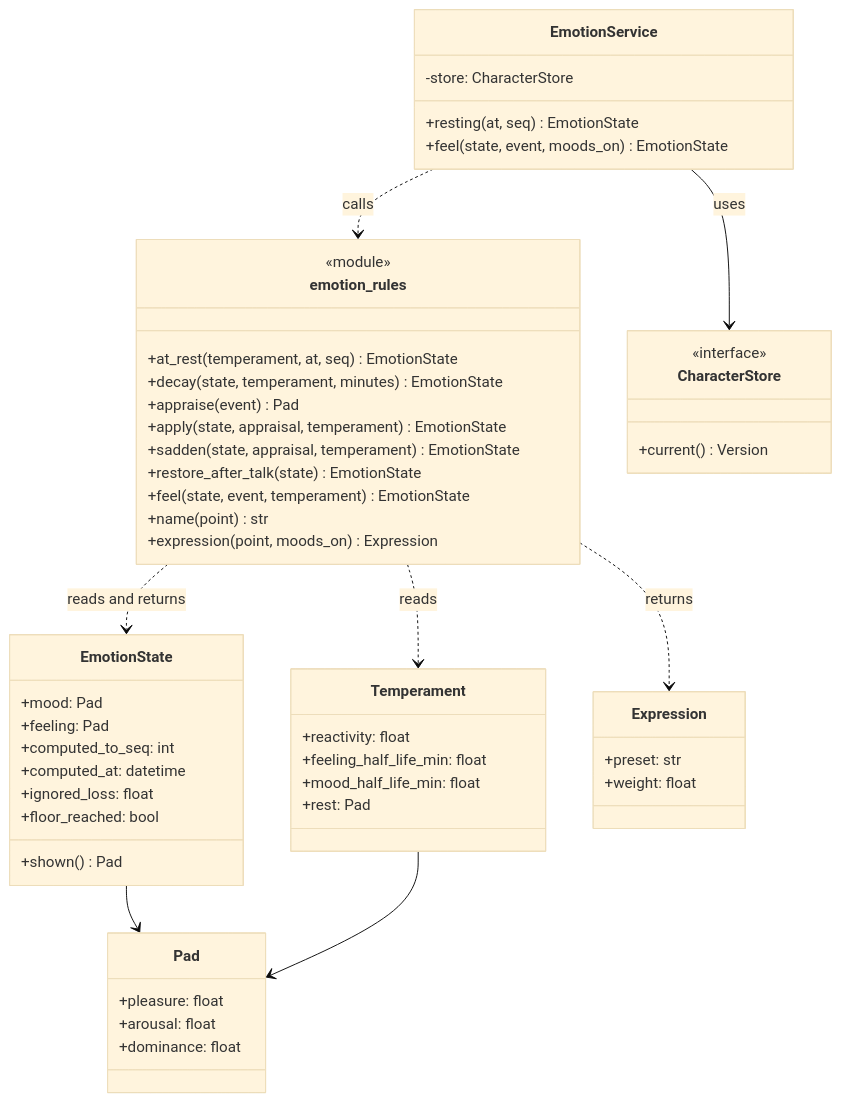
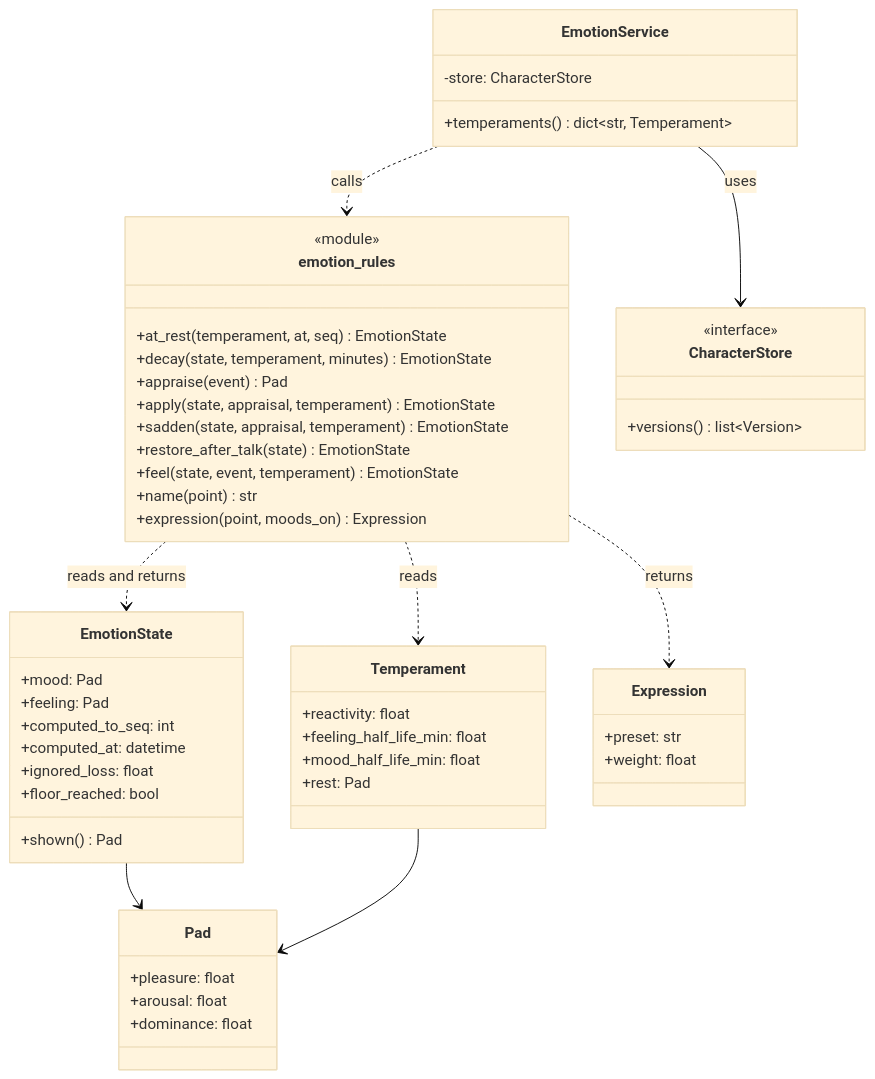
The sixth of 46 diagrams in docs/architecture/ARCHITECTURE.md (NguyenVu04/cognia), drawn with Mermaid (base theme) before and after one commit. The commit also changed other lines of this file and 27 other files, not shown here.

````diff
--- a/docs/architecture/ARCHITECTURE.md
+++ b/docs/architecture/ARCHITECTURE.md
@@ -615,62 +590,61 @@
 ```mermaid
 classDiagram
     class EmotionState {
         +mood: Pad
         +feeling: Pad
         +computed_to_seq: int
         +computed_at: datetime
         +ignored_loss: float
         +floor_reached: bool
         +shown() Pad
     }
 
     class Pad {
         +pleasure: float
         +arousal: float
         +dominance: float
     }
 
     class Temperament {
         +reactivity: float
         +feeling_half_life_min: float
         +mood_half_life_min: float
         +rest: Pad
     }
 
     class emotion_rules {
         <<module>>
         +at_rest(temperament, at, seq) EmotionState
         +decay(state, temperament, minutes) EmotionState
         +appraise(event) Pad
         +apply(state, appraisal, temperament) EmotionState
         +sadden(state, appraisal, temperament) EmotionState
         +restore_after_talk(state) EmotionState
         +feel(state, event, temperament) EmotionState
         +name(point) str
         +expression(point, moods_on) Expression
     }
 
     class Expression {
         +preset: str
         +weight: float
     }
 
     class EmotionService {
         -store: CharacterStore
-        +resting(at, seq) EmotionState
-        +feel(state, event, moods_on) EmotionState
+        +temperaments() dict~str, Temperament~
     }
 
     class CharacterStore {
         <<interface>>
-        +current() Version
+        +versions() list~Version~
     }
 
     EmotionState --> Pad
     Temperament --> Pad
     EmotionService --> CharacterStore : uses
     EmotionService ..> emotion_rules : calls
     emotion_rules ..> EmotionState : reads and returns
     emotion_rules ..> Temperament : reads
     emotion_rules ..> Expression : returns
 ```
````
